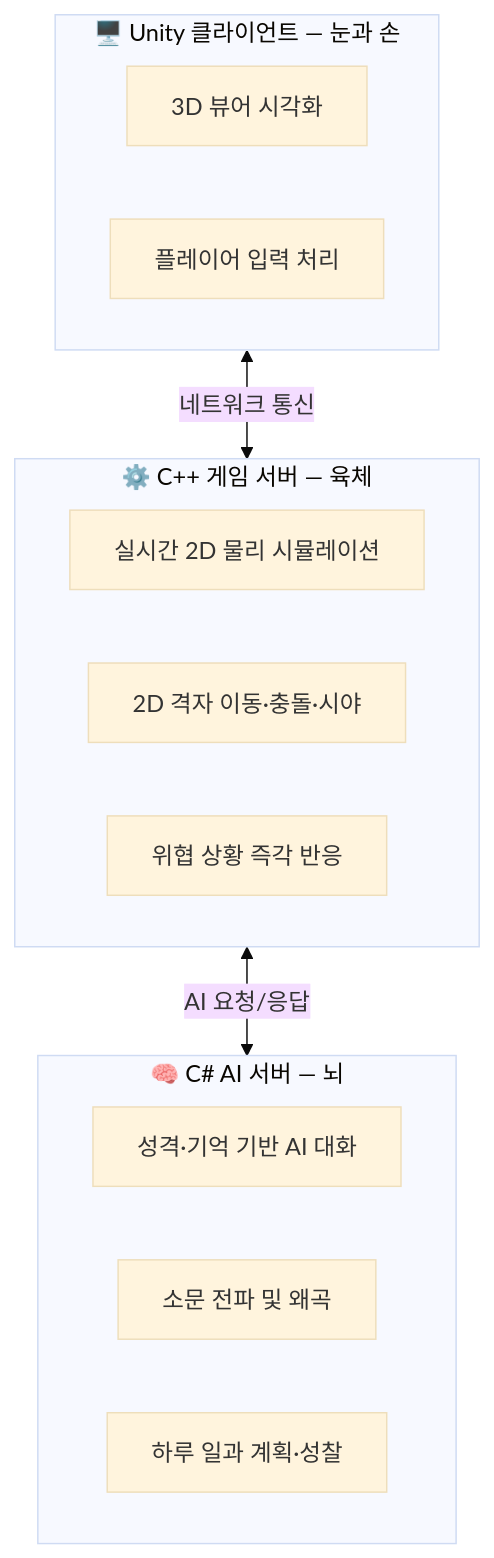
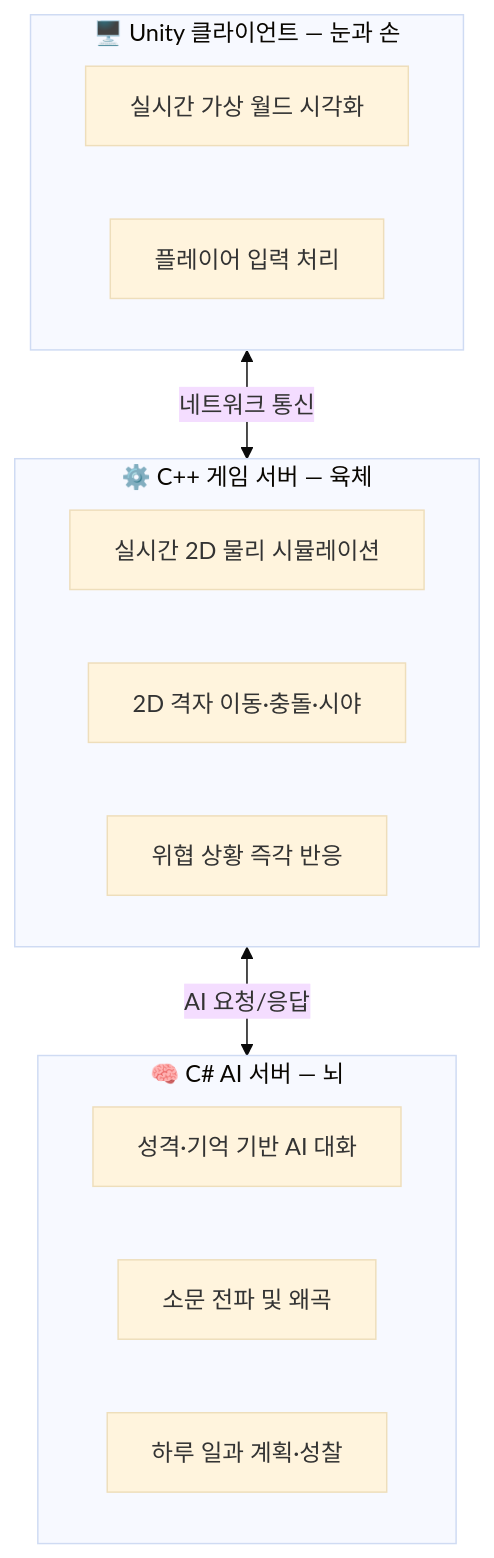
The diagram in MundusVivens/docs/00_project_overview.md (jin20203458/Obsidian.Agent), drawn with Mermaid (base theme) before and after one commit. The commit also changed other lines of this file, not shown here.

Commit message:
docs: remove redundant 3D terminology from project overview

````diff
--- a/MundusVivens/docs/00_project_overview.md
+++ b/MundusVivens/docs/00_project_overview.md
@@ -57,22 +57,22 @@
 ```mermaid
 graph TB
     subgraph CLIENT ["🖥️ Unity 클라이언트 — 눈과 손"]
-        C1["3D 뷰어 시각화"]
+        C1["실시간 가상 월드 시각화"]
         C2["플레이어 입력 처리"]
     end
 
     subgraph CPP ["⚙️ C++ 게임 서버 — 육체"]
         B1["실시간 2D 물리 시뮬레이션"]
         B2["2D 격자 이동·충돌·시야"]
         B3["위협 상황 즉각 반응"]
     end
 
     subgraph CSHARP ["🧠 C# AI 서버 — 뇌"]
         A1["성격·기억 기반 AI 대화"]
         A2["소문 전파 및 왜곡"]
         A3["하루 일과 계획·성찰"]
     end
 
     CLIENT <-->|네트워크 통신| CPP
     CPP <-->|AI 요청/응답| CSHARP
 ```
````
